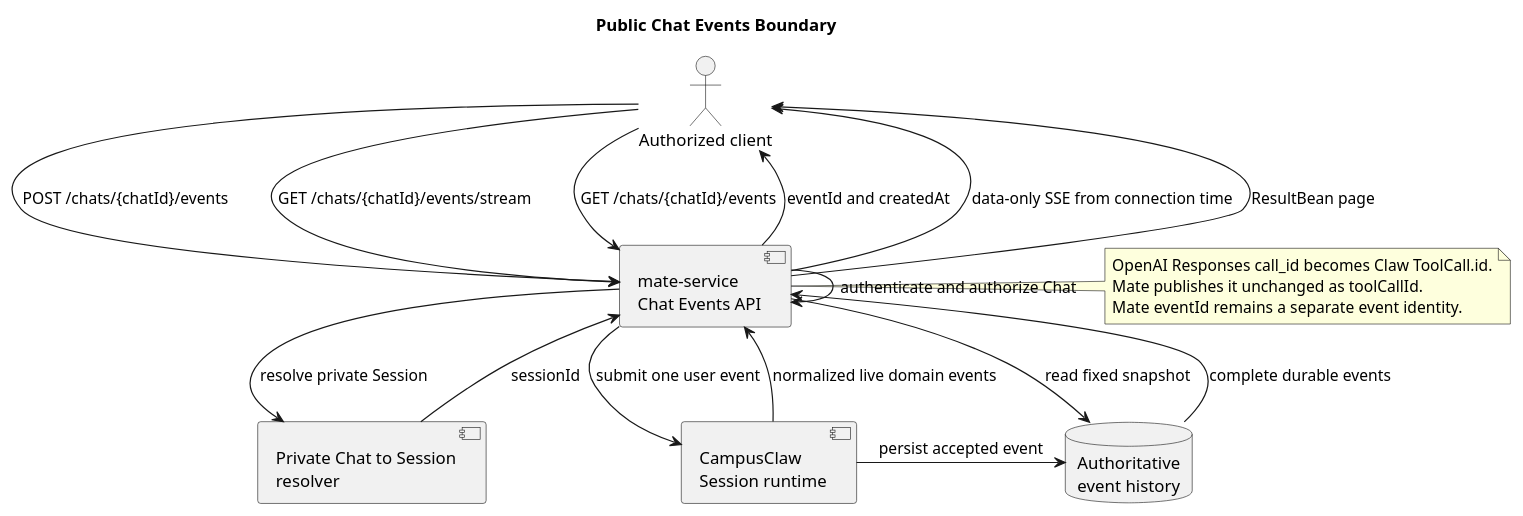
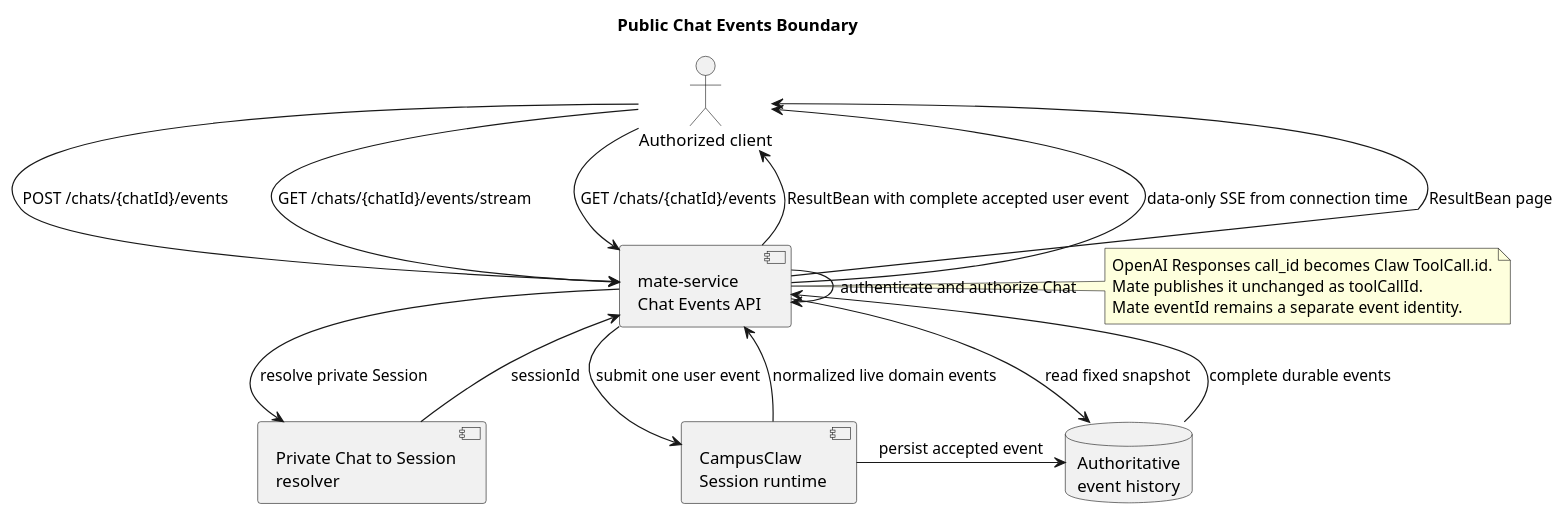
The first of 2 diagrams in 02-服务与接口/07-mate-service通用对话API/设计图/diagram.puml (ssm0808/pi-mono-java-design), drawn with PlantUML before and after one commit. The commit also changed 9 other files, not shown here.

```diff
--- a/02-服务与接口/07-mate-service通用对话API/设计图/diagram.puml
+++ b/02-服务与接口/07-mate-service通用对话API/设计图/diagram.puml
@@ -1,42 +1,42 @@
 @startuml public_chat_event_boundary
 title Public Chat Events Boundary
 skinparam shadowing false
 
 ' Source evidence: pi-mono-java@7e54b47f modules/coding-agent-cli/src/main/java/com/campusclaw/codingagent/runtimeapi/web/RuntimeEventController.java submitEvent/listEvents
 ' Source evidence: pi-mono-java@7e54b47f modules/coding-agent-cli/src/main/java/com/campusclaw/codingagent/runtimeapi/event/RuntimeEventProjector.java projection methods
 ' Source evidence: pi-mono-java@7e54b47f modules/ai/src/main/java/com/campusclaw/ai/provider/openai/OpenAIResponsesProvider.java handleOutputItemAdded/handleOutputItemDone/convertToolResultInput
 ' Observed behavior: the current Claw HTTP layer has request-scoped POST SSE and history GET, but no independent long-lived stream GET.
 ' Observed identity: OpenAI Responses call_id maps to Claw ToolCall.id and is written back for Tool results.
 ' Target-only design: Mate separates event submission, live Chat observation, and authoritative fixed-snapshot history.
 ' Design reason: a transport disconnect must not determine whether a write succeeded or whether an execution continues.
-' Architecture change: Mate publishes the OpenAI Tool Call ID unchanged while keeping eventId independent.
+' Architecture changes: Mate keeps eventId independent, publishes OpenAI Tool Call IDs, and returns the complete accepted user event.
 
 actor "Authorized client" as Client
 component "mate-service\nChat Events API" as Mate
 component "Private Chat to Session\nresolver" as Resolver
 component "CampusClaw\nSession runtime" as Claw
 database "Authoritative\nevent history" as History
 
 Client -> Mate : POST /chats/{chatId}/events
 Mate -> Mate : authenticate and authorize Chat
 Mate -> Resolver : resolve private Session
 Resolver --> Mate : sessionId
 Mate -> Claw : submit one user event
 Claw -> History : persist accepted event
-Mate --> Client : eventId and createdAt
+Mate --> Client : ResultBean with complete accepted user event
 
 Client -> Mate : GET /chats/{chatId}/events/stream
 Claw --> Mate : normalized live domain events
 Mate --> Client : data-only SSE from connection time
 
 note right of Mate
 OpenAI Responses call_id becomes Claw ToolCall.id.
 Mate publishes it unchanged as toolCallId.
 Mate eventId remains a separate event identity.
 end note
 
 Client -> Mate : GET /chats/{chatId}/events
 Mate -> History : read fixed snapshot
 History --> Mate : complete durable events
 Mate --> Client : ResultBean page
 @enduml
```
